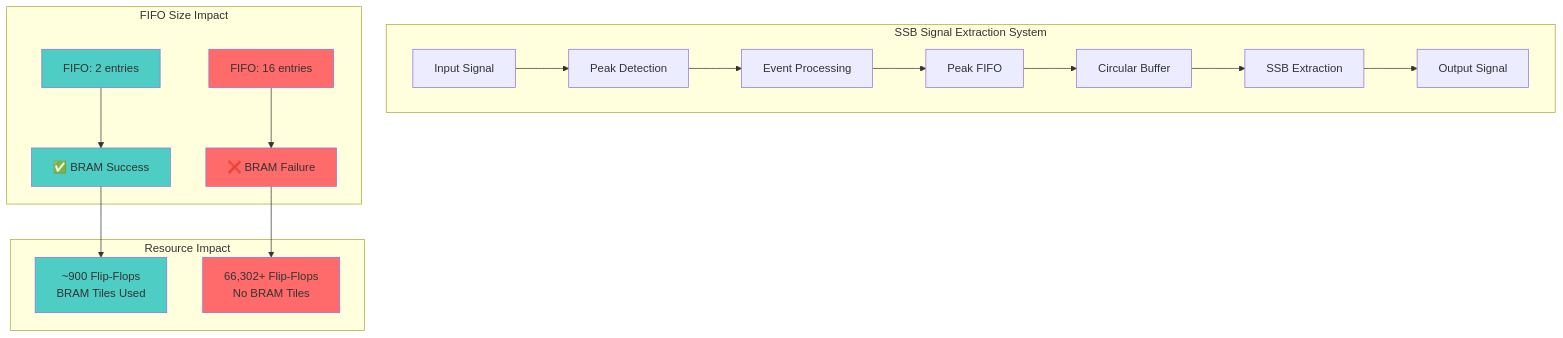
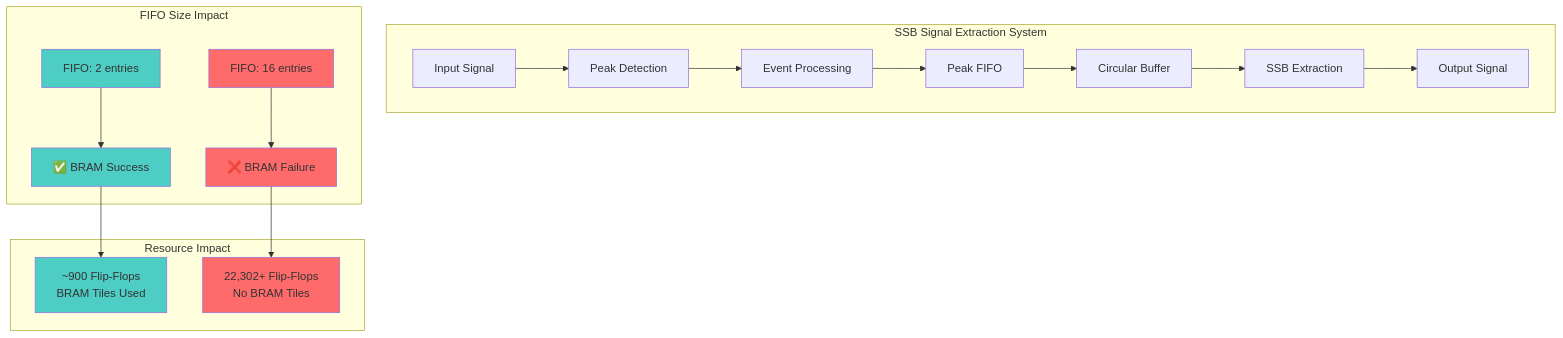
One commit to rockyco/extractSSBsig changed the fifth of 16 diagrams in README.md. Above: the diagram before and after it, drawn with Mermaid. The commit also changed other lines of this file, not shown here.

````diff
--- a/README.md
+++ b/README.md
@@ -461,28 +461,28 @@
 ```mermaid
 graph TB
     subgraph "SSB Signal Extraction System"
         IN[Input Signal] --> PEAK[Peak Detection]
         PEAK --> EVENT[Event Processing]
         EVENT --> FIFO[Peak FIFO]
         FIFO --> BUFFER[Circular Buffer]
         BUFFER --> EXTRACT[SSB Extraction]
         EXTRACT --> OUT[Output Signal]
     end
     
     subgraph "FIFO Size Impact"
         FIFO2[FIFO: 2 entries] --> BRAM_SUCCESS[✅ BRAM Success]
         FIFO16[FIFO: 16 entries] --> BRAM_FAIL[❌ BRAM Failure]
     end
     
     subgraph "Resource Impact"
         BRAM_SUCCESS --> EFFICIENT[~900 Flip-Flops<br/>BRAM Tiles Used]
-        BRAM_FAIL --> INEFFICIENT[66,302+ Flip-Flops<br/>No BRAM Tiles]
+        BRAM_FAIL --> INEFFICIENT[22,302+ Flip-Flops<br/>No BRAM Tiles]
     end
     
     style FIFO2 fill:#4ecdc4
     style FIFO16 fill:#ff6b6b
     style BRAM_SUCCESS fill:#4ecdc4
     style BRAM_FAIL fill:#ff6b6b
     style EFFICIENT fill:#4ecdc4
     style INEFFICIENT fill:#ff6b6b
 ```
````
